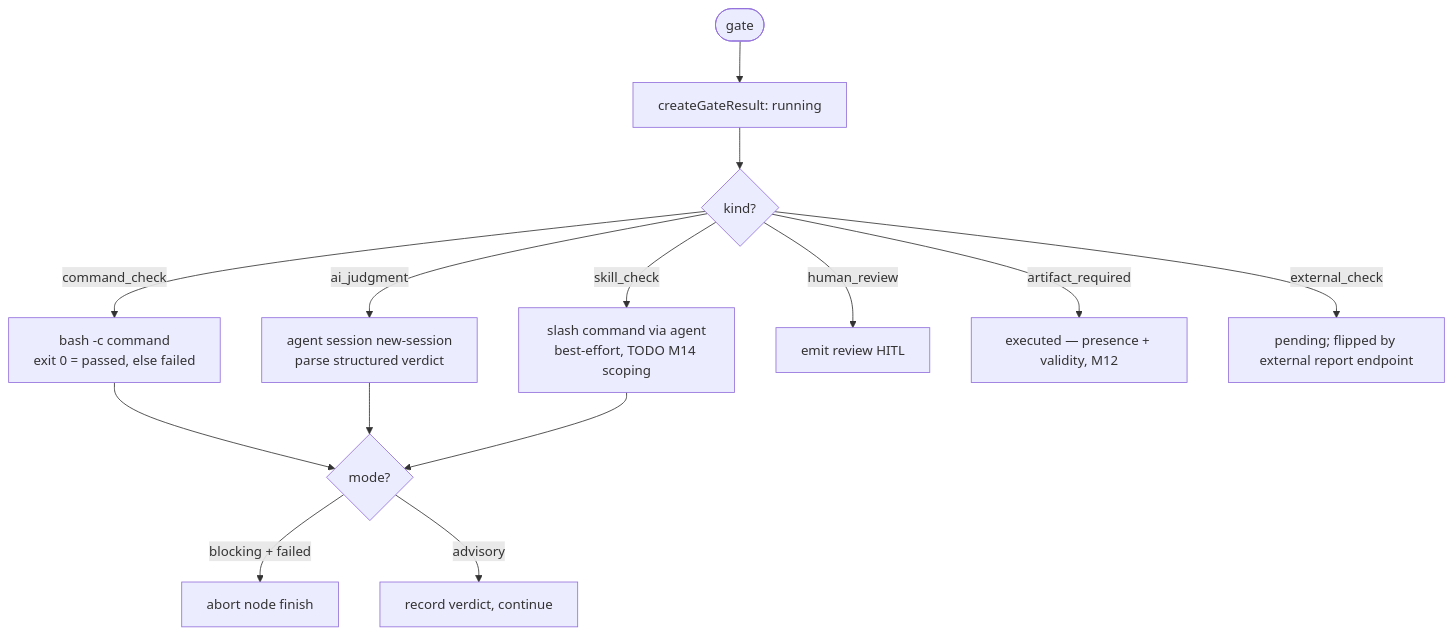
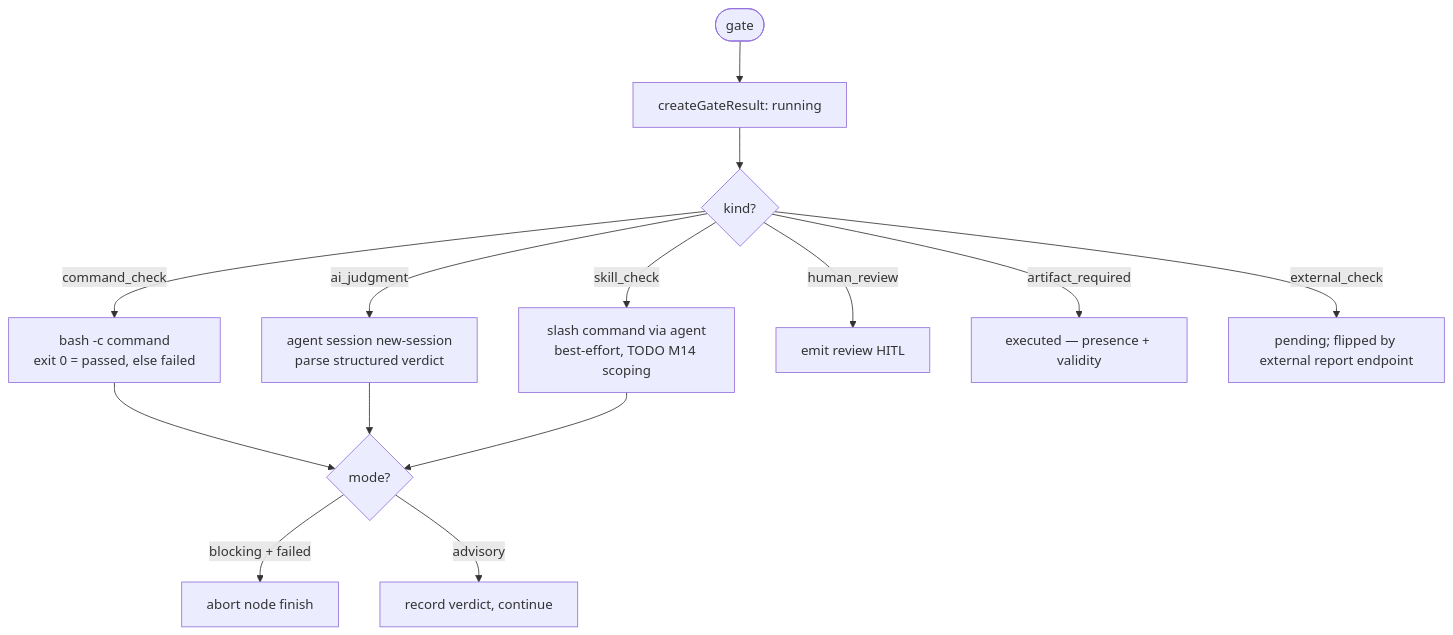
The seventh of 8 diagrams in docs/system-analytics/flow-graph.md (maister-dev/maister), drawn with Mermaid before and after one commit. The commit also changed other lines of this file and 89 other files, not shown here.

````diff
--- a/docs/system-analytics/flow-graph.md
+++ b/docs/system-analytics/flow-graph.md
@@ -483,16 +489,16 @@
 ```mermaid
 flowchart TD
     G([gate]) --> Row[createGateResult: running]
     Row --> K{kind?}
     K -- command_check --> CC[bash -c command<br/>exit 0 = passed, else failed]
     K -- ai_judgment --> AI[agent session new-session<br/>parse structured verdict]
     K -- skill_check --> SK[slash command via agent<br/>best-effort, TODO M14 scoping]
     K -- human_review --> HR[emit review HITL]
-    K -- artifact_required --> AR[executed — presence + validity, M12]
+    K -- artifact_required --> AR[executed — presence + validity]
     K -- external_check --> EC[pending; flipped by external report endpoint]
     CC --> Mode{mode?}
     AI --> Mode
     SK --> Mode
     Mode -- blocking + failed --> Abort[abort node finish]
     Mode -- advisory --> Cont[record verdict, continue]
 ```
````
